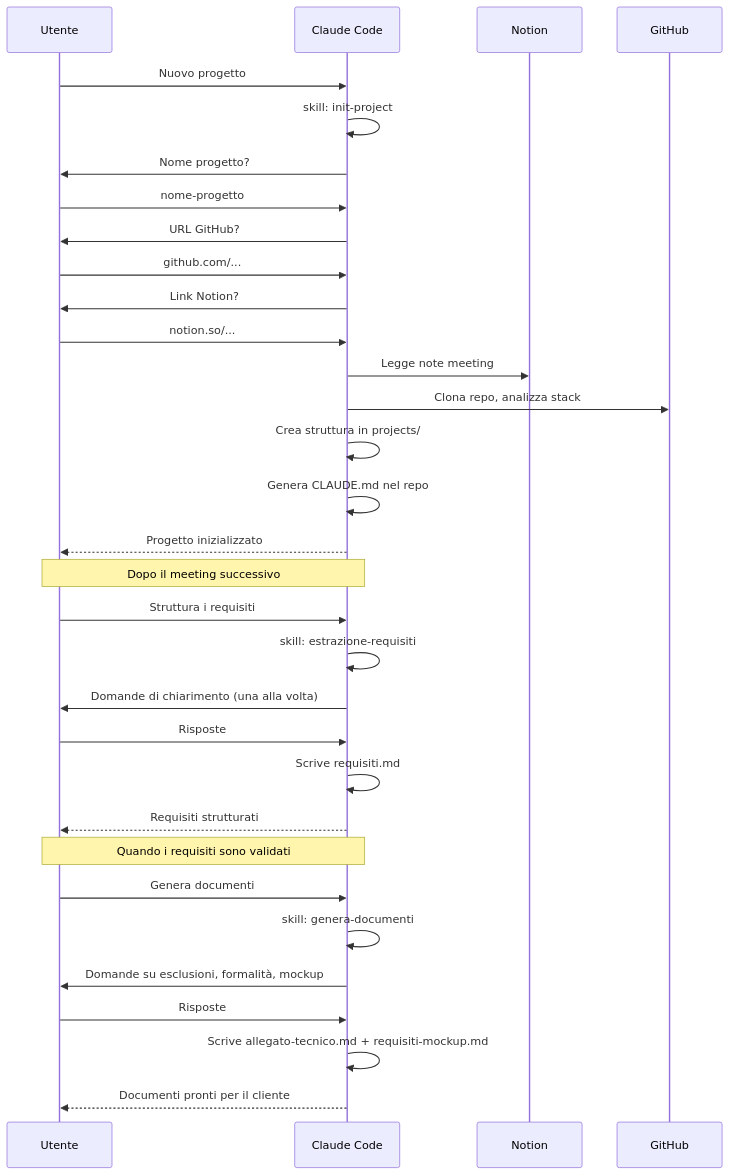
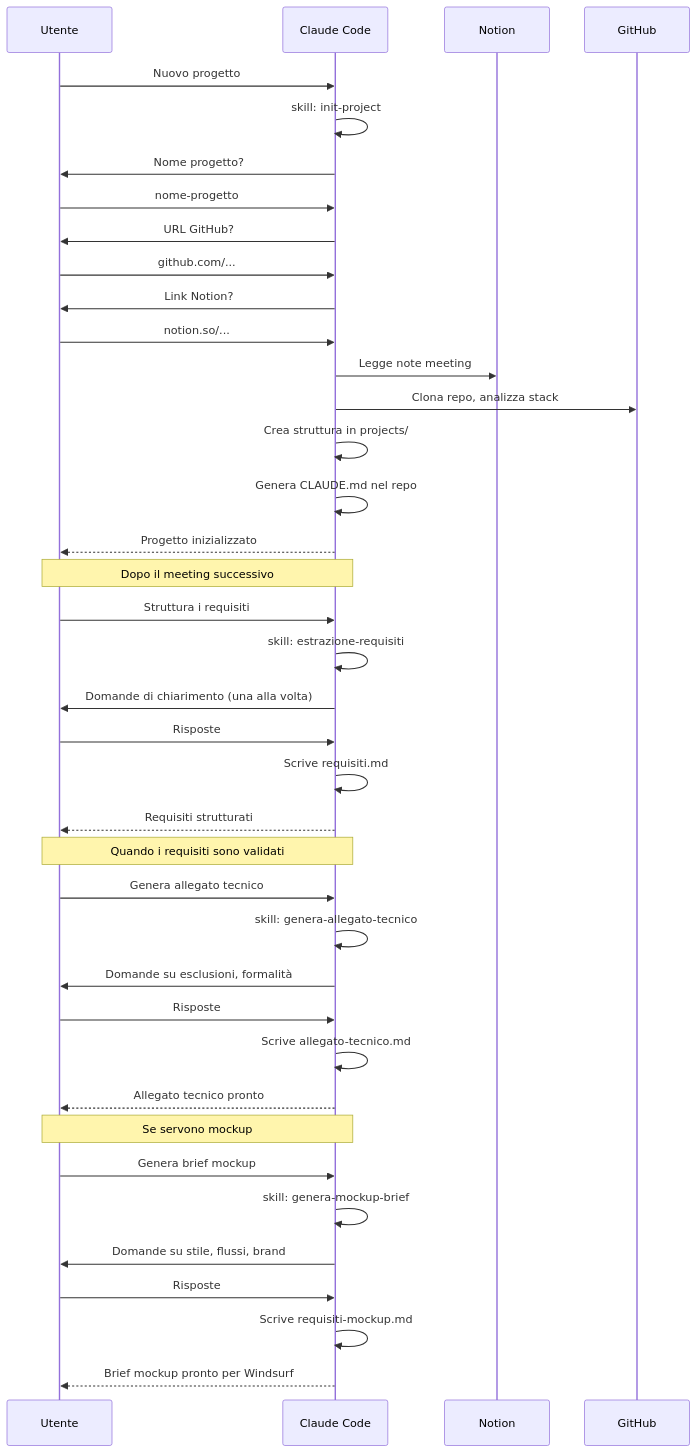
The fourth of 7 diagrams in docs/workflow.md (SimoneBriganteLaif/SimoneAI), drawn with Mermaid before and after one commit. The commit also changed other lines of this file and 29 other files, not shown here.

````diff
--- a/docs/workflow.md
+++ b/docs/workflow.md
@@ -79,39 +124,48 @@
 ```mermaid
 sequenceDiagram
     participant U as Utente
     participant CC as Claude Code
     participant N as Notion
     participant GH as GitHub
 
     U->>CC: Nuovo progetto
     CC->>CC: skill: init-project
     CC->>U: Nome progetto?
     U->>CC: nome-progetto
     CC->>U: URL GitHub?
     U->>CC: github.com/...
     CC->>U: Link Notion?
     U->>CC: notion.so/...
     CC->>N: Legge note meeting
     CC->>GH: Clona repo, analizza stack
     CC->>CC: Crea struttura in projects/
     CC->>CC: Genera CLAUDE.md nel repo
     CC-->>U: Progetto inizializzato
 
     Note over U,CC: Dopo il meeting successivo
 
     U->>CC: Struttura i requisiti
     CC->>CC: skill: estrazione-requisiti
     CC->>U: Domande di chiarimento (una alla volta)
     U->>CC: Risposte
     CC->>CC: Scrive requisiti.md
     CC-->>U: Requisiti strutturati
 
     Note over U,CC: Quando i requisiti sono validati
 
-    U->>CC: Genera documenti
-    CC->>CC: skill: genera-documenti
-    CC->>U: Domande su esclusioni, formalità, mockup
+    U->>CC: Genera allegato tecnico
+    CC->>CC: skill: genera-allegato-tecnico
+    CC->>U: Domande su esclusioni, formalità
     U->>CC: Risposte
-    CC->>CC: Scrive allegato-tecnico.md + requisiti-mockup.md
-    CC-->>U: Documenti pronti per il cliente
+    CC->>CC: Scrive allegato-tecnico.md
+    CC-->>U: Allegato tecnico pronto
+
+    Note over U,CC: Se servono mockup
+
+    U->>CC: Genera brief mockup
+    CC->>CC: skill: genera-mockup-brief
+    CC->>U: Domande su stile, flussi, brand
+    U->>CC: Risposte
+    CC->>CC: Scrive requisiti-mockup.md
+    CC-->>U: Brief mockup pronto per Windsurf
 ```
````
